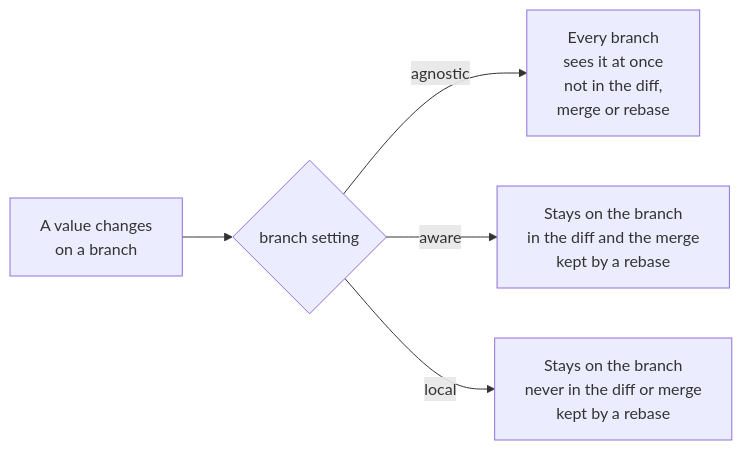
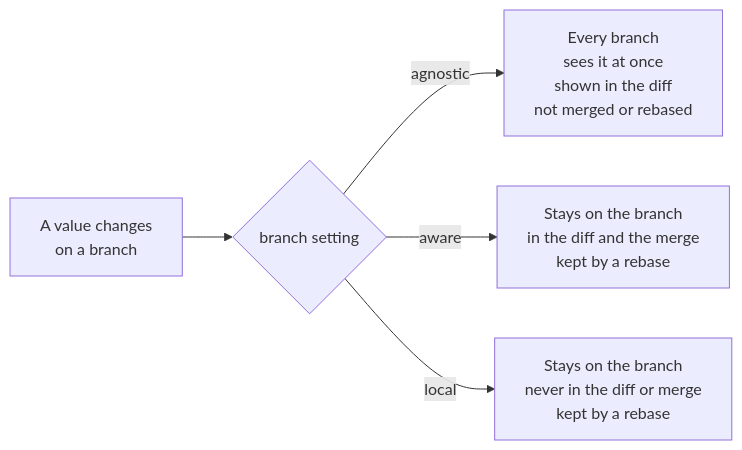
The diagram in docs/docs/schema/branch-awareness.mdx (opsmill/infrahub), drawn with Mermaid before and after one commit. The commit also changed other lines of this file and 7 other files, not shown here.

````diff
--- a/docs/docs/schema/branch-awareness.mdx
+++ b/docs/docs/schema/branch-awareness.mdx
@@ -22,15 +22,15 @@
 ```mermaid
 flowchart LR
   W["A value changes
 on a branch"] --> Q{"branch setting"}
   Q -->|agnostic| G["Every branch
 sees it at once
-not in the diff,
-merge or rebase"]
+shown in the diff
+not merged or rebased"]
   Q -->|aware| A["Stays on the branch
 in the diff and the merge
 kept by a rebase"]
   Q -->|local| L["Stays on the branch
 never in the diff or merge
 kept by a rebase"]
 ```
````
